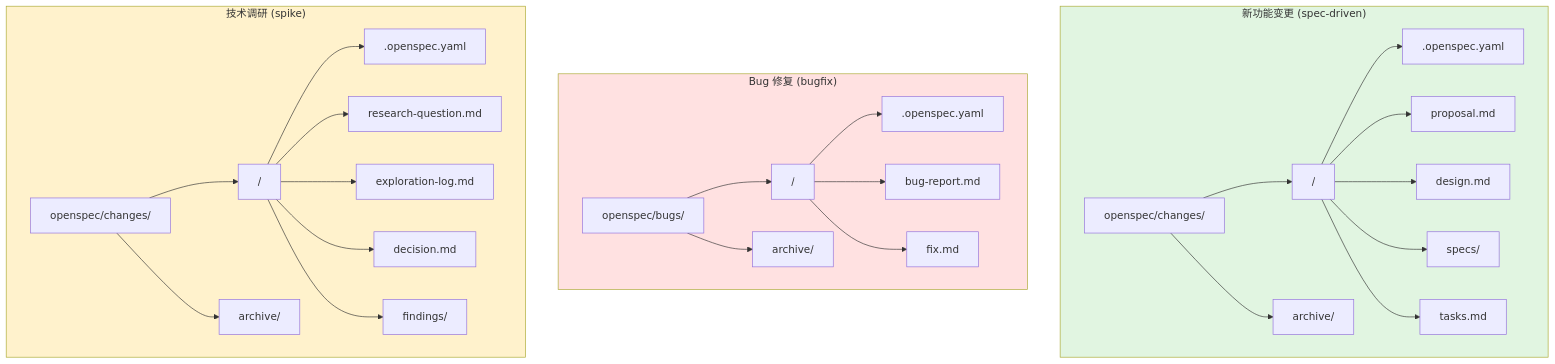
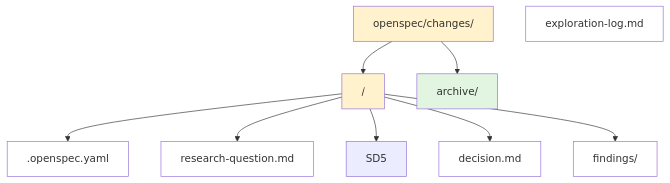
Before and after one commit to lihaizhong/niuma: the seventh of 16 diagrams in docs/openspec/01-overview.md, drawn with Mermaid. The commit also changed other lines of this file and 22 other files, not shown here.

First line of the commit message:
refactor: convert OpenSpec schemas to official CLI format

````diff
--- a/docs/openspec/01-overview.md
+++ b/docs/openspec/01-overview.md
@@ -118,59 +171,28 @@
 ```mermaid
 flowchart TB
-    subgraph SpecDriven["新功能变更 (spec-driven)"]
-        SD1[openspec/changes/]
-        SD2["<change-name>/"]
-        SD3[".openspec.yaml"]
-        SD4["proposal.md"]
-        SD5["design.md"]
-        SD6["specs/"]
-        SD7["tasks.md"]
-        SD8["archive/"]
+    SP1[openspec/changes/]
+    SP2["<spike-name>/"]
+    SP3[".openspec.yaml"]
+    SP4["research-question.md"]
+    SP5["exploration-log.md"]
+    SP6["decision.md"]
+    SP7["findings/"]
+    SP8["archive/"]
 
-        SD1 --> SD2
-        SD2 --> SD3
-        SD2 --> SD4
-        SD2 --> SD5
-        SD2 --> SD6
-        SD2 --> SD7
-        SD1 --> SD8
-    end
+    SP1 --> SP2
+    SP2 --> SP3
+    SP2 --> SP4
+    SP2 --> SD5
+    SP2 --> SP6
+    SP2 --> SP7
+    SP1 --> SP8
 
-    subgraph Bugfix["Bug 修复 (bugfix)"]
-        BF1[openspec/bugs/]
-        BF2["<bug-id>/"]
-        BF3[".openspec.yaml"]
-        BF4["bug-report.md"]
-        BF5["fix.md"]
-        BF6["archive/"]
-
-        BF1 --> BF2
-        BF2 --> BF3
-        BF2 --> BF4
-        BF2 --> BF5
-        BF1 --> BF6
-    end
-
-    subgraph Spike["技术调研 (spike)"]
-        SP1[openspec/changes/]
-        SP2["<spike-name>/"]
-        SP3[".openspec.yaml"]
-        SP4["research-question.md"]
-        SP5["exploration-log.md"]
-        SP6["decision.md"]
-        SP7["findings/"]
-        SP8["archive/"]
-
-        SP1 --> SP2
-        SP2 --> SP3
-        SP2 --> SP4
-        SP2 --> SP5
-        SP2 --> SP6
-        SP2 --> SP7
-        SP1 --> SP8
-    end
-
-    style SpecDriven fill:#e1f5e1
-    style Bugfix fill:#ffe1e1
-    style Spike fill:#fff2cc
+    style SP1 fill:#fff2cc
+    style SP2 fill:#fff2cc
+    style SP3 fill:#fff
+    style SP4 fill:#fff
+    style SP5 fill:#fff
+    style SP6 fill:#fff
+    style SP7 fill:#fff
+    style SP8 fill:#e1f5e1
 ```
````
